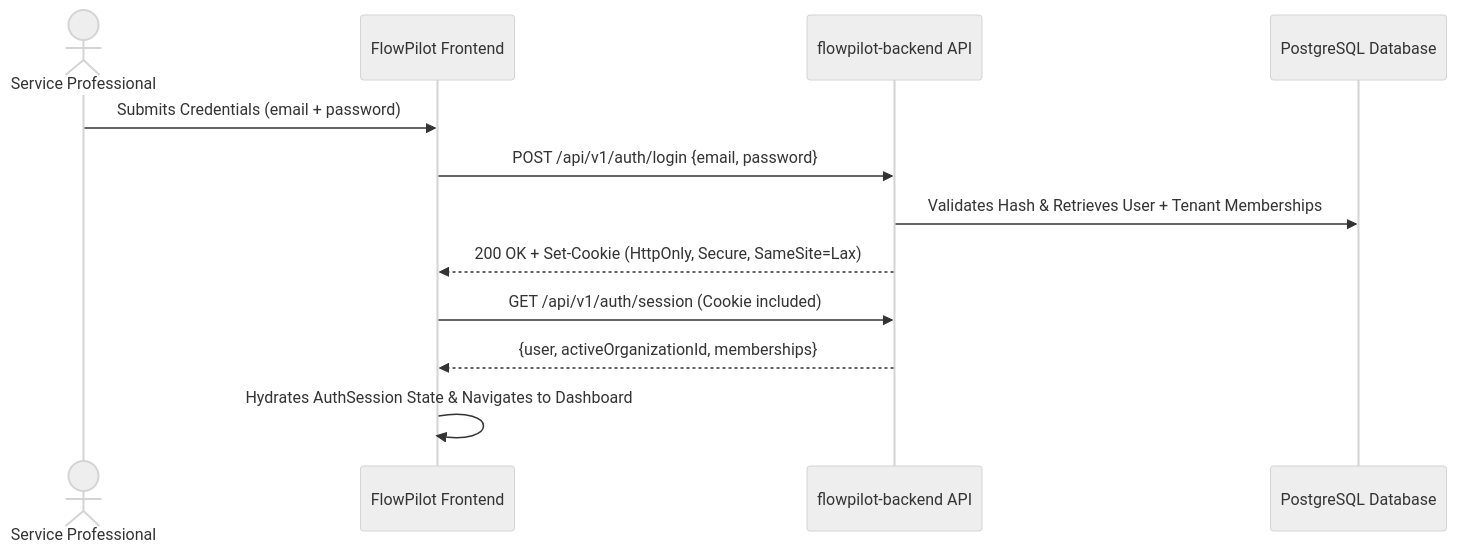
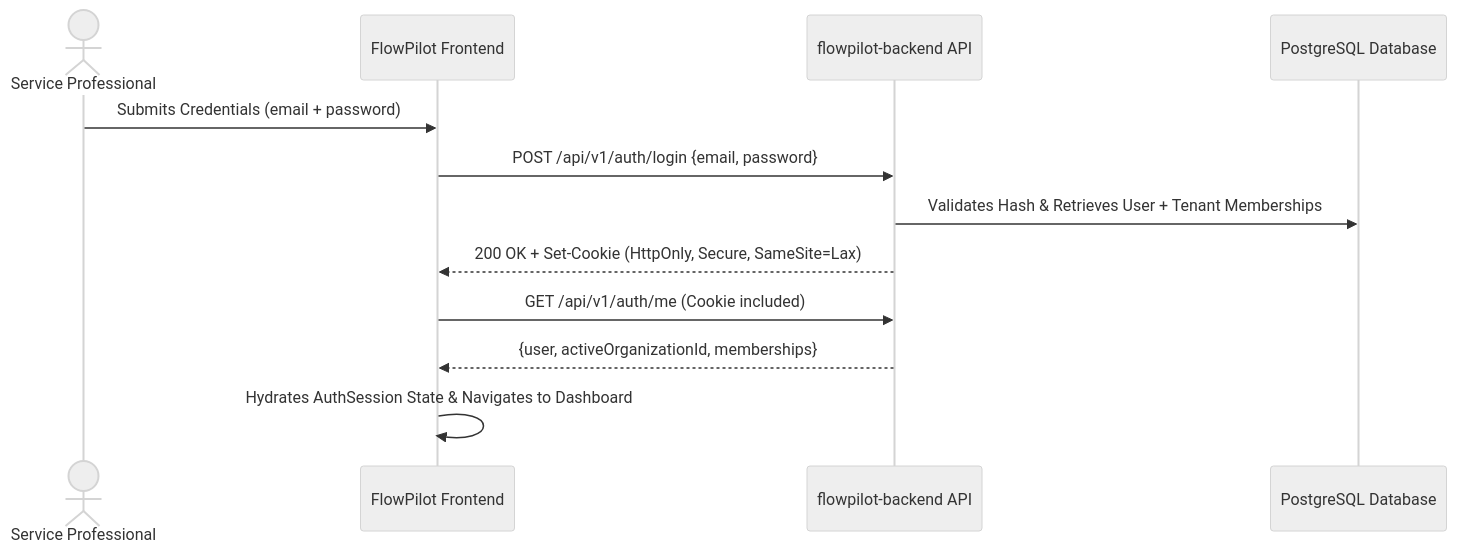
Before and after one commit to iamrakibhussain/flowpilot: the diagram in docs/AUTHENTICATION-FRONTEND.md, drawn with Mermaid (neutral theme). The commit also changed 11 other files, not shown here.

Commit message:
Feature architecture Improvement

````diff
--- a/docs/AUTHENTICATION-FRONTEND.md
+++ b/docs/AUTHENTICATION-FRONTEND.md
@@ -14,15 +14,15 @@
 ```mermaid
 sequenceDiagram
     actor User as Service Professional
     participant Browser as FlowPilot Frontend
     participant Express as flowpilot-backend API
     participant DB as PostgreSQL Database
 
     User->>Browser: Submits Credentials (email + password)
     Browser->>Express: POST /api/v1/auth/login {email, password}
     Express->>DB: Validates Hash & Retrieves User + Tenant Memberships
     Express-->>Browser: 200 OK + Set-Cookie (HttpOnly, Secure, SameSite=Lax)
-    Browser->>Express: GET /api/v1/auth/session (Cookie included)
+    Browser->>Express: GET /api/v1/auth/me (Cookie included)
     Express-->>Browser: {user, activeOrganizationId, memberships}
     Browser->>Browser: Hydrates AuthSession State & Navigates to Dashboard
 ```
````
